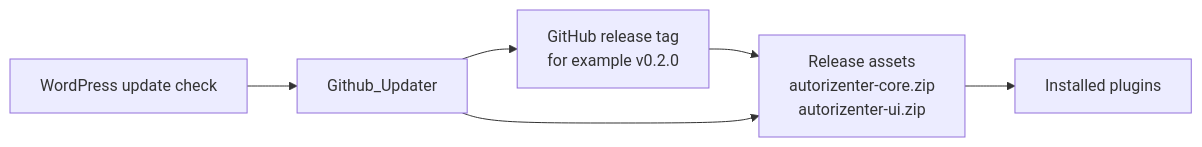
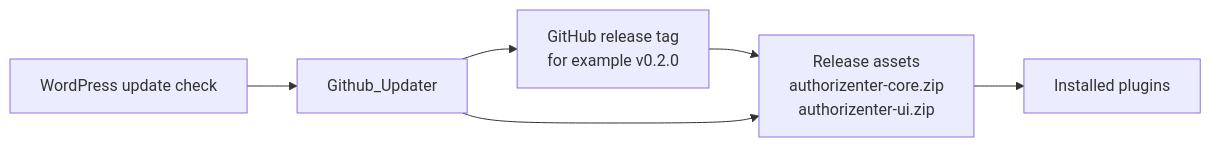
The eighth of 8 diagrams in ARCHITECTURE.md (wachiravit-thitagran/Authorizenter), drawn with Mermaid before and after one commit. The commit also changed other lines of this file and 124 other files, not shown here.

First line of the commit message:
refactor: rename project autorizenter -> authorizenter (with migration)

````diff
--- a/ARCHITECTURE.md
+++ b/ARCHITECTURE.md
@@ -410,14 +410,14 @@
 ```mermaid
 flowchart LR
   Release["GitHub release tag<br/>for example v0.2.0"]
-  Assets["Release assets<br/>autorizenter-core.zip<br/>autorizenter-ui.zip"]
+  Assets["Release assets<br/>authorizenter-core.zip<br/>authorizenter-ui.zip"]
   WPCheck["WordPress update check"]
   Updater["Github_Updater"]
   Plugins["Installed plugins"]
 
   Release --> Assets
   WPCheck --> Updater
   Updater --> Release
   Updater --> Assets
   Assets --> Plugins
 ```
````
